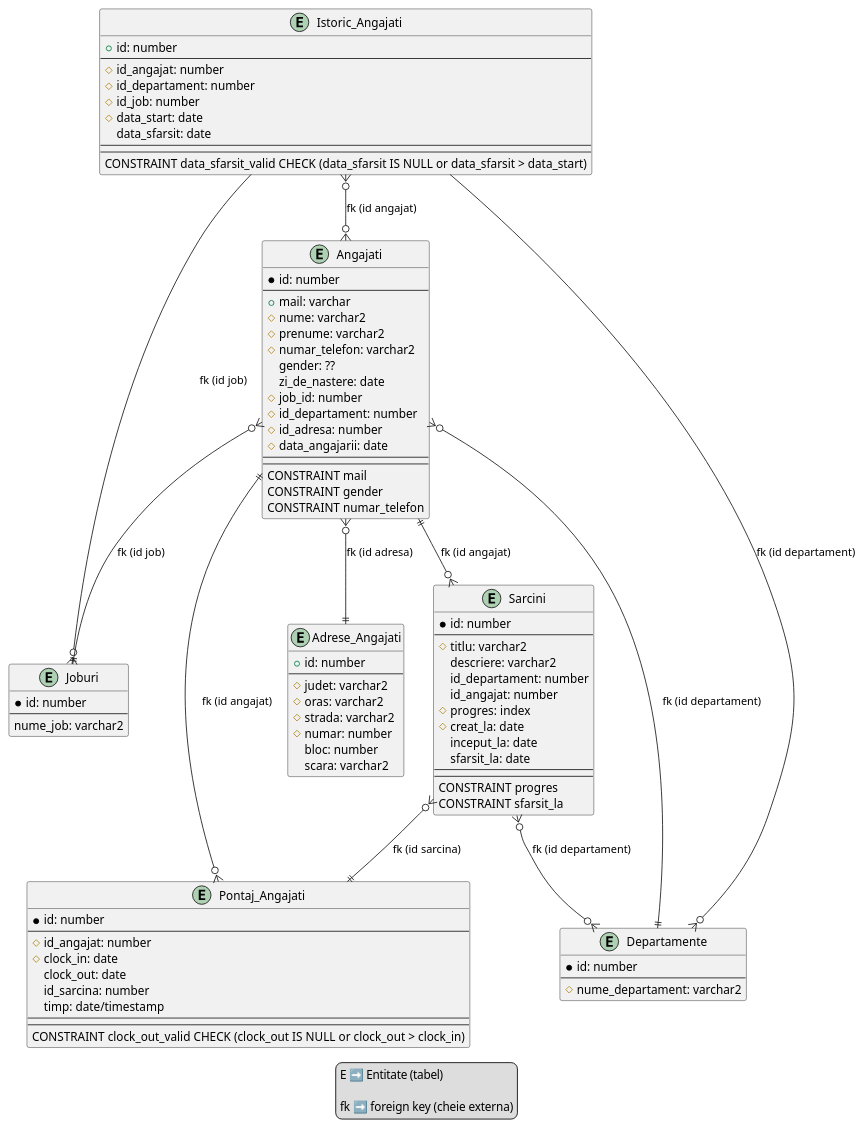
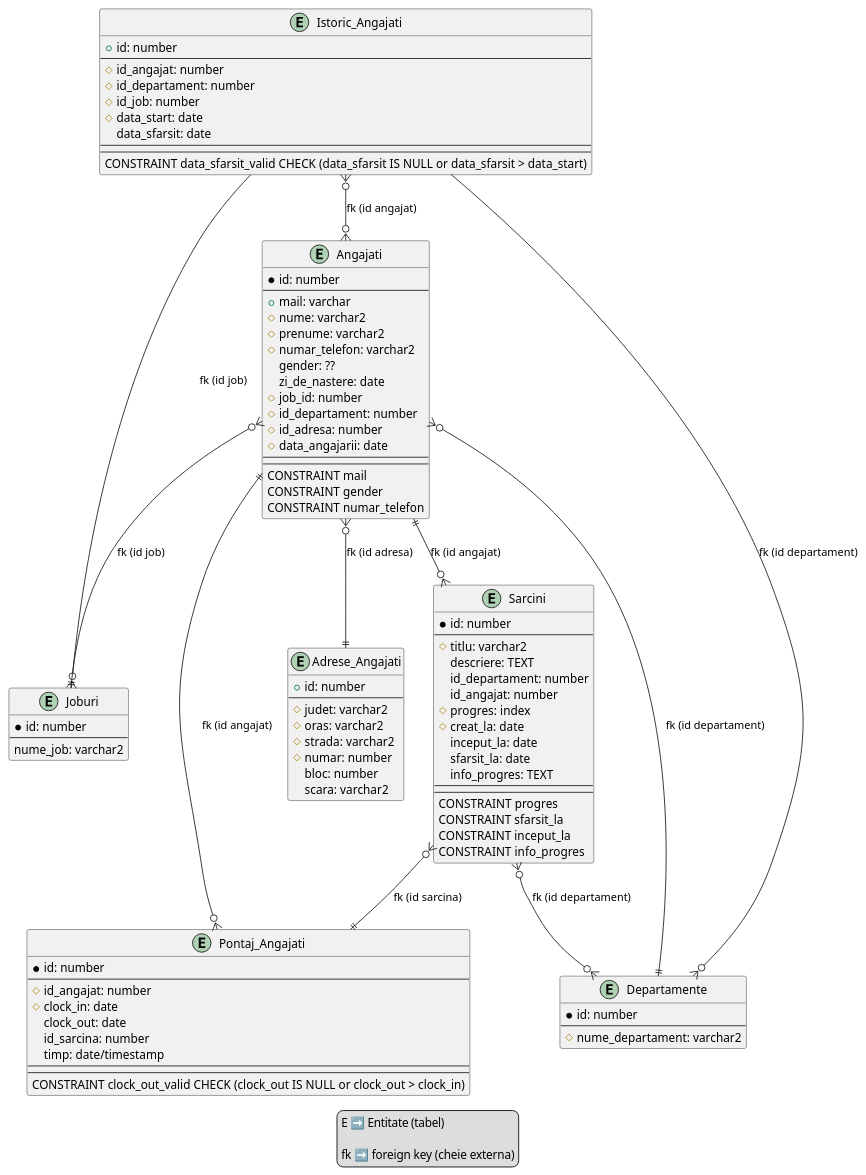
The diagram in diagrams/diagram.puml (BalteiVasile/db-auto-service-project), drawn with PlantUML before and after one commit. The commit also changed 2 other files, not shown here.

```diff
--- a/diagrams/diagram.puml
+++ b/diagrams/diagram.puml
@@ -1,113 +1,116 @@
 @startuml service_auto
 
 entity Angajati
 {
   *id: number
   --
   +mail: varchar
   #nume: varchar2
   #prenume: varchar2
   #numar_telefon: varchar2
   gender: ??
   zi_de_nastere: date
   #job_id: number
   #id_departament: number
   #id_adresa: number
   #data_angajarii: date
   --
   --
   CONSTRAINT mail
   CONSTRAINT gender
   CONSTRAINT numar_telefon
 }
 
 entity Joburi
 {
   *id: number
   --
   nume_job: varchar2
 }
 
 entity Departamente
 {
   *id: number
   --
   #nume_departament: varchar2
 }
 
 entity Sarcini
 {
   *id: number
   --
   #titlu: varchar2
-  descriere: varchar2
+  descriere: TEXT
   id_departament: number
   id_angajat: number
   #progres: index
   #creat_la: date
   inceput_la: date
   sfarsit_la: date
+  info_progres: TEXT
   --
   --
   CONSTRAINT progres
   CONSTRAINT sfarsit_la
+  CONSTRAINT inceput_la
+  CONSTRAINT info_progres
 }
 
 entity Pontaj_Angajati
 {
   *id: number
   --
   #id_angajat: number
   #clock_in: date
   clock_out: date
   id_sarcina: number
   timp: date/timestamp
   --
   --
   CONSTRAINT clock_out_valid CHECK (clock_out IS NULL or clock_out > clock_in)
 }
 
 entity Adrese_Angajati
 {
   +id: number
   --
   #judet: varchar2
   #oras: varchar2
   #strada: varchar2
   #numar: number
   bloc: number
   scara: varchar2
 }
 
 entity Istoric_Angajati
 {
   +id: number
   --
   #id_angajat: number
   #id_departament: number
   #id_job: number
   #data_start: date
   data_sfarsit: date
   --
   --
   CONSTRAINT data_sfarsit_valid CHECK (data_sfarsit IS NULL or data_sfarsit > data_start)
 }
 
 Angajati }o--|| Joburi: "fk (id job)"
 Angajati }o--|| Adrese_Angajati: "fk (id adresa)"
 Angajati }o--|| Departamente: "fk (id departament)"
 Angajati ||--o{ Pontaj_Angajati: "fk (id angajat)"
 Angajati ||--o{ Sarcini: "fk (id angajat)"
 Sarcini  }o--o{ Departamente: "fk (id departament)"
 Sarcini  }o--|| Pontaj_Angajati: "fk (id sarcina)"
 Istoric_Angajati --o{ Joburi: "fk (id job)"
 Istoric_Angajati --o{ Departamente: "fk (id departament)"
 Istoric_Angajati }o--o{ Angajati: "fk (id angajat)"
 
 legend
   E ➡️ Entitate (tabel)
 
   fk ➡️ foreign key (cheie externa)
 endlegend
 
 @enduml
```
